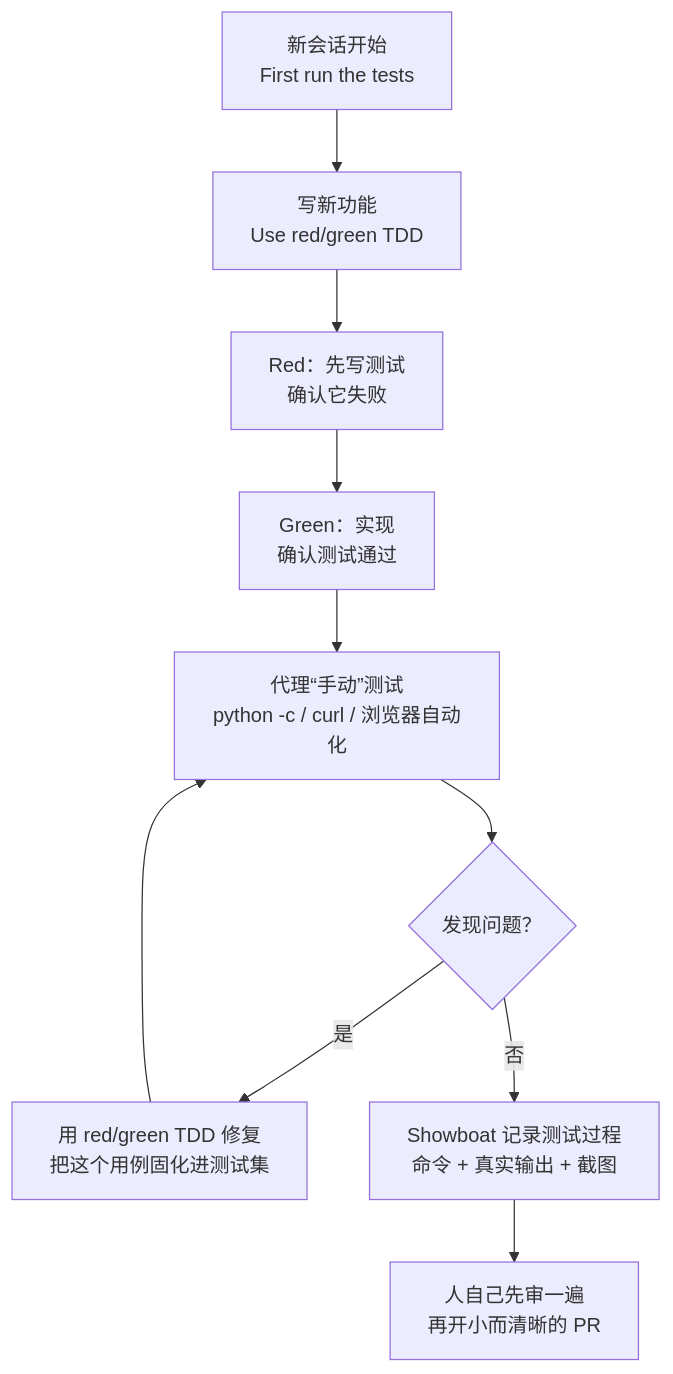
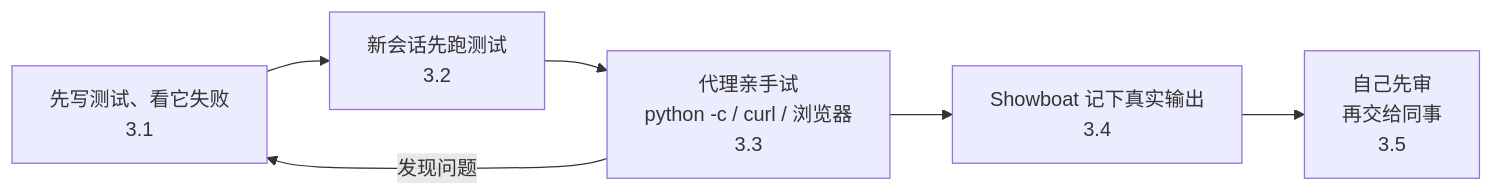
Before and after one commit to yzw7489757/ai-coding-videos: the diagram in docs/25-simonw-agentic-engineering-testing-patterns.md, drawn with Mermaid. The commit also changed other lines of this file and 5 other files, not shown here.

````diff
--- a/docs/25-simonw-agentic-engineering-testing-patterns.md
+++ b/docs/25-simonw-agentic-engineering-testing-patterns.md
@@ -51,12 +62,8 @@
 ```mermaid
-flowchart TD
-    A["新会话开始<br/>First run the tests"] --> B["写新功能<br/>Use red/green TDD"]
-    B --> R["Red：先写测试<br/>确认它失败"]
-    R --> G["Green：实现<br/>确认测试通过"]
-    G --> M["代理“手动”测试<br/>python -c / curl / 浏览器自动化"]
-    M --> Q{"发现问题？"}
-    Q -- 是 --> R2["用 red/green TDD 修复<br/>把这个用例固化进测试集"]
-    R2 --> M
-    Q -- 否 --> S["Showboat 记录测试过程<br/>命令 + 真实输出 + 截图"]
-    S --> H["人自己先审一遍<br/>再开小而清晰的 PR"]
+flowchart LR
+  A["先写测试、看它失败<br/>3.1"] --> B["新会话先跑测试<br/>3.2"]
+  B --> C["代理亲手试<br/>python -c / curl / 浏览器<br/>3.3"]
+  C --> D["Showboat 记下真实输出<br/>3.4"]
+  D --> E["自己先审<br/>再交给同事<br/>3.5"]
+  C -- "发现问题" --> A
 ```
````
